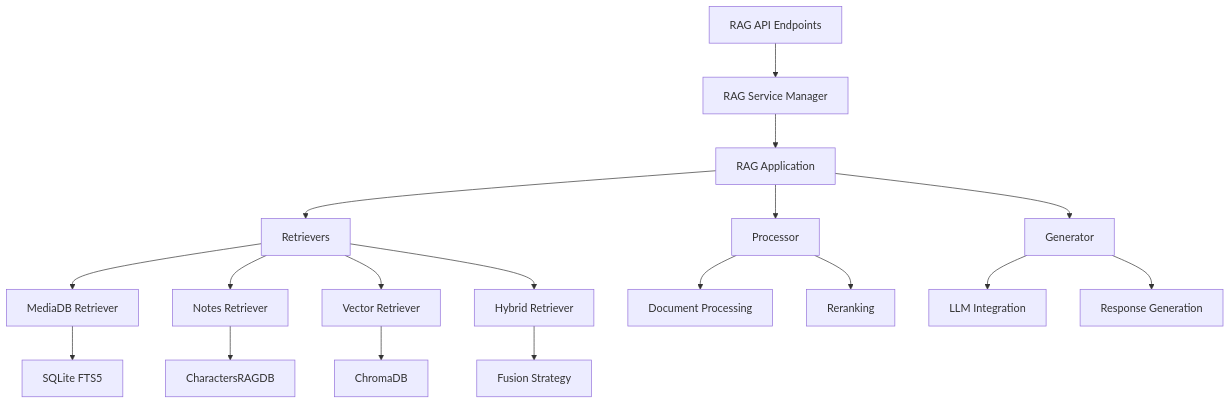
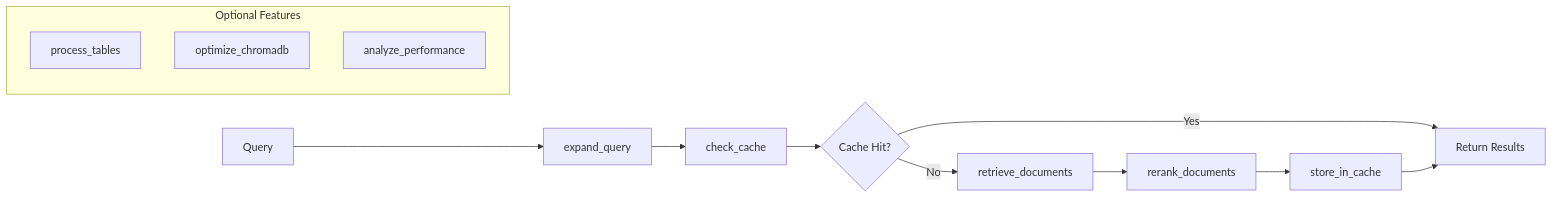
One commit to the-crypt-keeper/tldw changed the diagram in Docs/Development/RAG-Developer-Guide.md. Above: the diagram before and after it, drawn with Mermaid. The commit also changed other lines of this file and 140 other files, not shown here.

````diff
--- a/Docs/Development/RAG-Developer-Guide.md
+++ b/Docs/Development/RAG-Developer-Guide.md
@@ -31,24 +32,17 @@
 ```mermaid
-graph TB
-    A[RAG API Endpoints] --> B[RAG Service Manager]
-    B --> C[RAG Application]
-    C --> D[Retrievers]
-    C --> E[Processor]
-    C --> F[Generator]
+graph LR
+    A[Query] --> B[expand_query]
+    B --> C[check_cache]
+    C --> D{Cache Hit?}
+    D -->|No| E[retrieve_documents]
+    D -->|Yes| H[Return Cached]
+    E --> F[rerank_documents]
+    F --> G[store_in_cache]
+    G --> H[Return Results]
     
-    D --> D1[MediaDB Retriever]
-    D --> D2[Notes Retriever]
-    D --> D3[Vector Retriever]
-    D --> D4[Hybrid Retriever]
-    
-    D1 --> G[SQLite FTS5]
-    D2 --> H[CharactersRAGDB]
-    D3 --> I[ChromaDB]
-    D4 --> J[Fusion Strategy]
-    
-    E --> K[Document Processing]
-    E --> L[Reranking]
-    
-    F --> M[LLM Integration]
-    F --> N[Response Generation]
+    subgraph Optional Features
+        I[process_tables]
+        J[optimize_chromadb]
+        K[analyze_performance]
+    end
 ```
````
